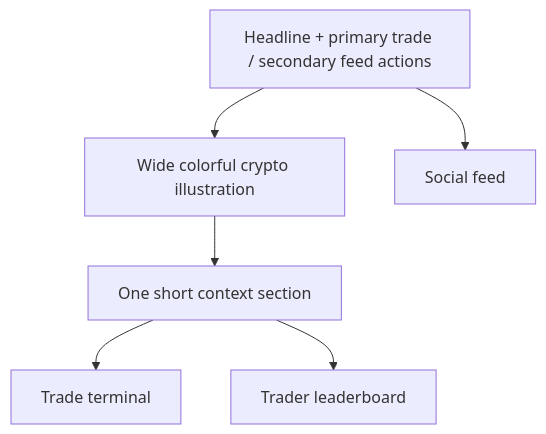
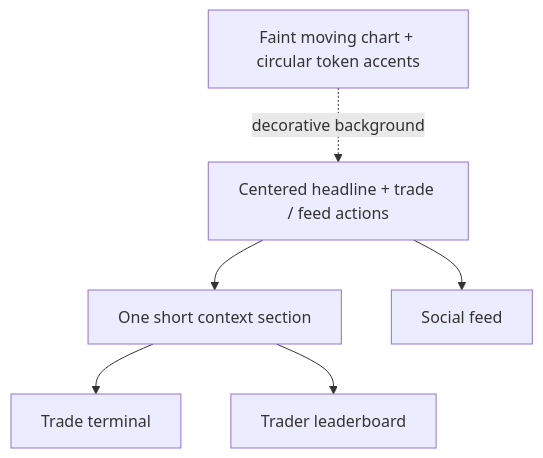
The diagram in docs/landing.md (jog01/agele-web), drawn with Mermaid before and after one commit. The commit also changed other lines of this file and 4 other files, not shown here.

Commit message:
feat(landing): place a subtle moving chart behind the hero

````diff
--- a/docs/landing.md
+++ b/docs/landing.md
@@ -11,8 +11,8 @@
 ```mermaid
 flowchart TD
-  H[Headline + primary trade / secondary feed actions] --> I[Wide colorful crypto illustration]
-  I --> S[One short context section]
+  B[Faint moving chart + circular token accents] -. decorative background .-> H[Centered headline + trade / feed actions]
+  H --> S[One short context section]
   S --> T[Trade terminal]
   S --> L[Trader leaderboard]
   H --> F[Social feed]
 ```
````
